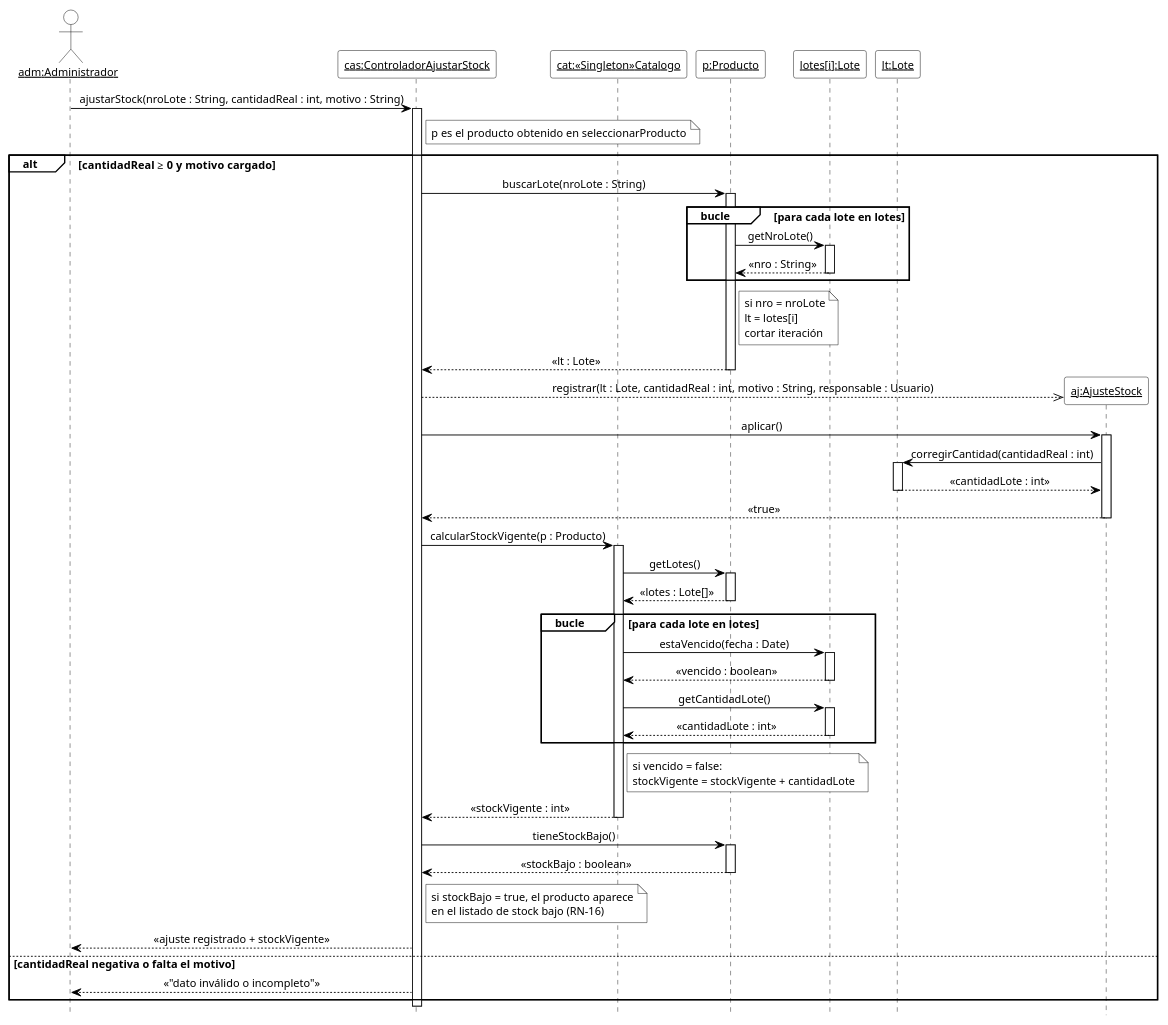
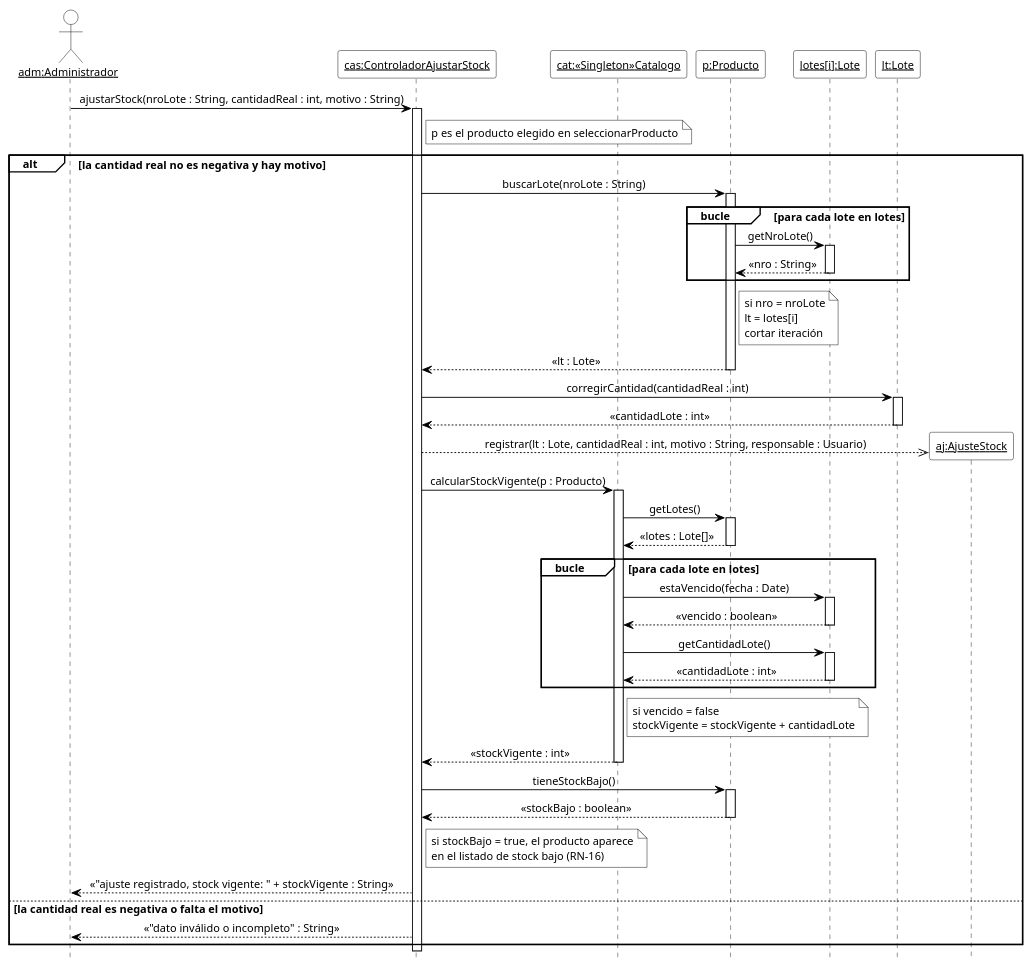
One commit to cirotop/Stock-Project changed diagram 13 of 18 in 08-Diagrama De Secuencia/Diagramas_de_Secuencia.md. Above: the diagram before and after it, drawn with PlantUML. The commit also changed other lines of this file and 22 other files, not shown here.

````diff
--- a/08-Diagrama De Secuencia/Diagramas_de_Secuencia.md
+++ b/08-Diagrama De Secuencia/Diagramas_de_Secuencia.md
@@ -887,73 +867,74 @@
 ```plantuml
 @startuml DSD_CU-06_ajustarStock
 ' Diagrama de Secuencia de Diseño (DSD) - CU-06 Ajustar stock - ajustarStock
 ' Estilo de los ejemplos de la teoría (introducirArticulo / crearNuevaVenta).
 hide footbox
 skinparam shadowing false
 skinparam defaultFontName Arial
 skinparam defaultFontSize 12
 skinparam sequenceMessageAlign center
 skinparam ArrowColor black
 skinparam ParticipantBackgroundColor white
 skinparam ParticipantBorderColor black
 skinparam CollectionsBackgroundColor white
 skinparam CollectionsBorderColor black
 skinparam ActorBackgroundColor white
 skinparam ActorBorderColor black
 skinparam LifeLineBorderColor black
 skinparam LifeLineBackgroundColor white
 skinparam SequenceGroupBackgroundColor white
 skinparam SequenceGroupBorderColor black
 skinparam SequenceGroupHeaderFontColor black
 skinparam NoteBackgroundColor white
 skinparam NoteBorderColor black
 
 actor "<u>adm:Administrador</u>" as adm
 participant "<u>cas:ControladorAjustarStock</u>" as cas
 participant "<u>cat:«Singleton»Catalogo</u>" as cat
 participant "<u>p:Producto</u>" as p
 participant "<u>lotes[i]:Lote</u>" as li
 participant "<u>lt:Lote</u>" as lt
 
 adm -> cas ++ : ajustarStock(nroLote : String, cantidadReal : int, motivo : String)
-note right of cas : p es el producto obtenido en seleccionarProducto
-alt cantidadReal ≥ 0 y motivo cargado
+note right of cas : p es el producto elegido en seleccionarProducto
+alt la cantidad real no es negativa y hay motivo
   cas -> p ++ : buscarLote(nroLote : String)
   group bucle [para cada lote en lotes]
     p -> li ++ : getNroLote()
     li --> p -- : «nro : String»
   end
   note right of p
     si nro = nroLote
     lt = lotes[i]
     cortar iteración
   end note
   p --> cas -- : «lt : Lote»
+  cas -> lt ++ : corregirCantidad(cantidadReal : int)
+  lt --> cas -- : «cantidadLote : int»
   create participant "<u>aj:AjusteStock</u>" as aj
   cas -->> aj : registrar(lt : Lote, cantidadReal : int, motivo : String, responsable : Usuario)
-  cas -> aj ++ : aplicar()
-  aj -> lt ++ : corregirCantidad(cantidadReal : int)
-  lt --> aj -- : «cantidadLote : int»
-  aj --> cas -- : «true»
   cas -> cat ++ : calcularStockVigente(p : Producto)
   cat -> p ++ : getLotes()
   p --> cat -- : «lotes : Lote[]»
   group bucle [para cada lote en lotes]
     cat -> li ++ : estaVencido(fecha : Date)
     li --> cat -- : «vencido : boolean»
     cat -> li ++ : getCantidadLote()
     li --> cat -- : «cantidadLote : int»
   end
-  note right of cat : si vencido = false:\nstockVigente = stockVigente + cantidadLote
+  note right of cat
+    si vencido = false
+    stockVigente = stockVigente + cantidadLote
+  end note
   cat --> cas -- : «stockVigente : int»
   cas -> p ++ : tieneStockBajo()
   p --> cas -- : «stockBajo : boolean»
   note right of cas : si stockBajo = true, el producto aparece\nen el listado de stock bajo (RN-16)
-  cas --> adm : «ajuste registrado + stockVigente»
-else cantidadReal negativa o falta el motivo
-  cas --> adm : «"dato inválido o incompleto"»
+  cas --> adm : «"ajuste registrado, stock vigente: " + stockVigente : String»
+else la cantidad real es negativa o falta el motivo
+  cas --> adm : «"dato inválido o incompleto" : String»
 end
 deactivate cas
 
 @enduml
 ```
````
